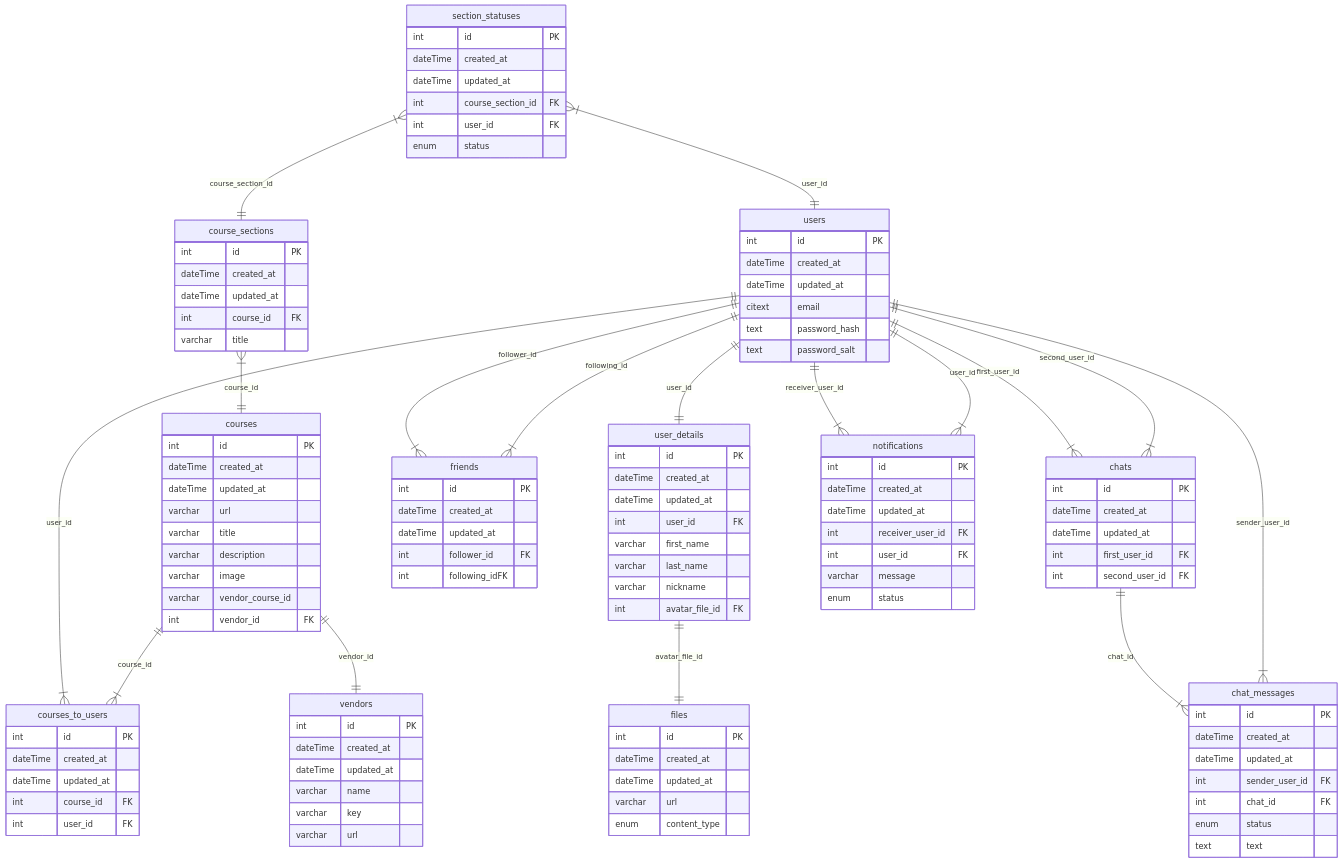
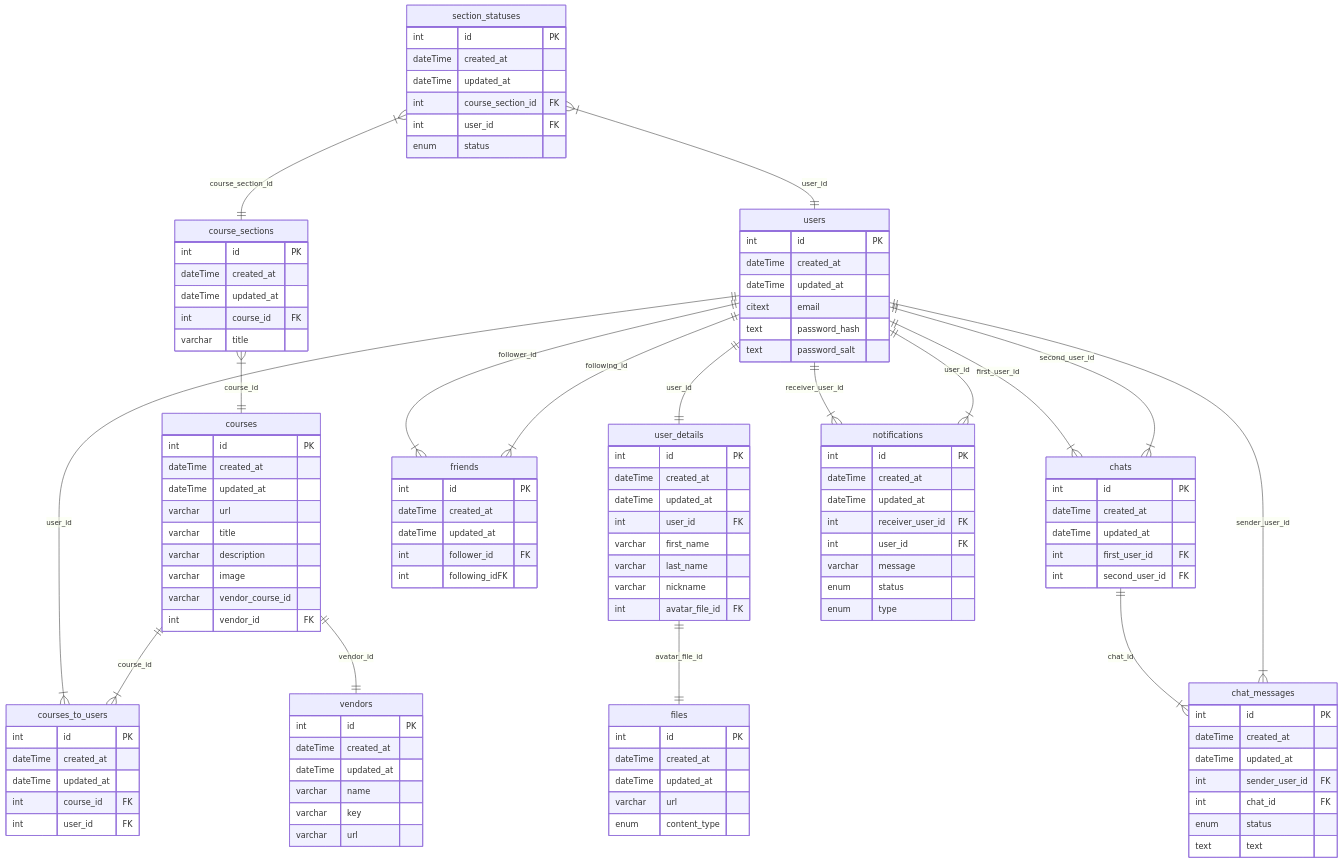
One commit to BinaryStudioAcademy/bsa-winter-2023-2024-trackmates changed the diagram in readme.md. Above: the diagram before and after it, drawn with Mermaid. The commit also changed 15 other files, not shown here.

```diff
--- a/readme.md
+++ b/readme.md
@@ -133,6 +133,7 @@
     int user_id FK
     varchar message
     enum status
+    enum type
    }
 
    users ||--|| user_details : user_id
```
